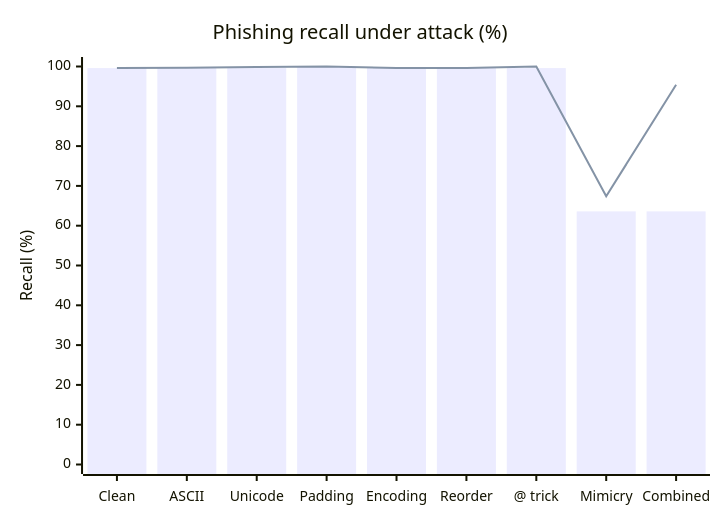
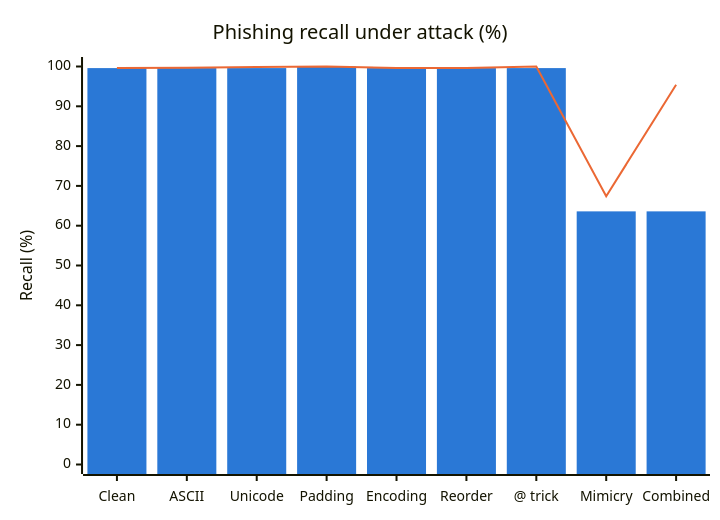
One commit to abhishek-pandey7/Hybrid-Supervised-Unsupervised-Intrusion-Detection-with-Hash-Chained-Audit-Logging changed the third of 5 diagrams in README.md. Above: the diagram before and after it, drawn with Mermaid. The commit also changed other lines of this file, not shown here.

Commit message:
Fix clipped labels in README Mermaid diagrams

````diff
--- a/README.md
+++ b/README.md
@@ -196,8 +197,9 @@
 ```mermaid
+%%{init: {"themeVariables": {"xyChart": {"plotColorPalette": "#2a78d6, #eb6834"}}}}%%
 xychart-beta
     title "Phishing recall under attack (%)"
     x-axis ["Clean", "ASCII", "Unicode", "Padding", "Encoding", "Reorder", "@ trick", "Mimicry", "Combined"]
     y-axis "Recall (%)" 0 --> 100
     bar [99.6, 99.6, 99.6, 100, 99.6, 99.6, 99.6, 63.6, 63.6]
     line [99.6, 99.7, 99.9, 100, 99.6, 99.6, 100, 67.4, 95.4]
 ```
````
